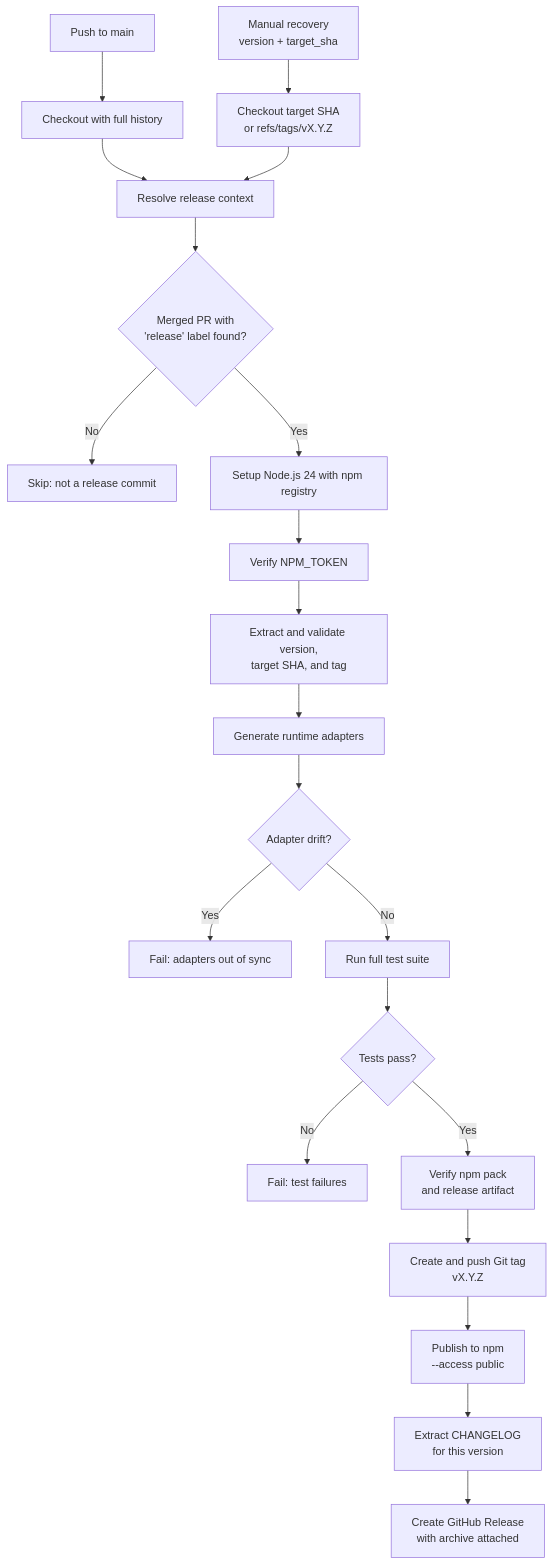
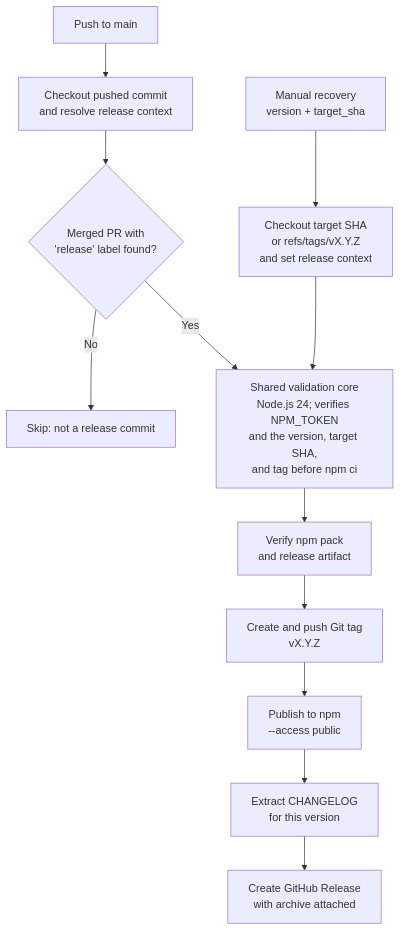
One commit to josstei/maestro-orchestrate changed the eighth of 10 diagrams in docs/cicd.md. Above: the diagram before and after it, drawn with Mermaid. The commit also changed other lines of this file and 6 other files, not shown here.

````diff
--- a/docs/cicd.md
+++ b/docs/cicd.md
@@ -488,23 +442,14 @@
 ```mermaid
 graph TD
-    A["Push to main"] --> B["Checkout with full history"]
-    AA["Manual recovery<br/>version + target_sha"] --> BB["Checkout target SHA<br/>or refs/tags/vX.Y.Z"]
-    B --> C["Resolve release context"]
-    BB --> C
-    C --> D{"Merged PR with<br/>'release' label found?"}
+    A["Push to main"] --> B["Checkout pushed commit<br/>and resolve release context"]
+    AA["Manual recovery<br/>version + target_sha"] --> BB["Checkout target SHA<br/>or refs/tags/vX.Y.Z<br/>and set release context"]
+    B --> D{"Merged PR with<br/>'release' label found?"}
     D --> |"No"| E["Skip: not a release commit"]
-    D --> |"Yes"| F["Setup Node.js 24 with npm registry"]
-    F --> G["Verify NPM_TOKEN"]
-    G --> I["Extract and validate version,<br/>target SHA, and tag"]
-    I --> J["Generate runtime adapters"]
-    J --> K{"Adapter drift?"}
-    K --> |"Yes"| L["Fail: adapters out of sync"]
-    K --> |"No"| M["Run full test suite"]
-    M --> N{"Tests pass?"}
-    N --> |"No"| O["Fail: test failures"]
-    N --> |"Yes"| P["Verify npm pack<br/>and release artifact"]
+    D --> |"Yes"| F["Shared validation core<br/>Node.js 24; verifies NPM_TOKEN<br/>and the version, target SHA,<br/>and tag before npm ci"]
+    BB --> F
+    F --> P["Verify npm pack<br/>and release artifact"]
     P --> Q["Create and push Git tag<br/>vX.Y.Z"]
     Q --> R["Publish to npm<br/>--access public"]
     R --> S["Extract CHANGELOG<br/>for this version"]
     S --> T["Create GitHub Release<br/>with archive attached"]
 ```
````
